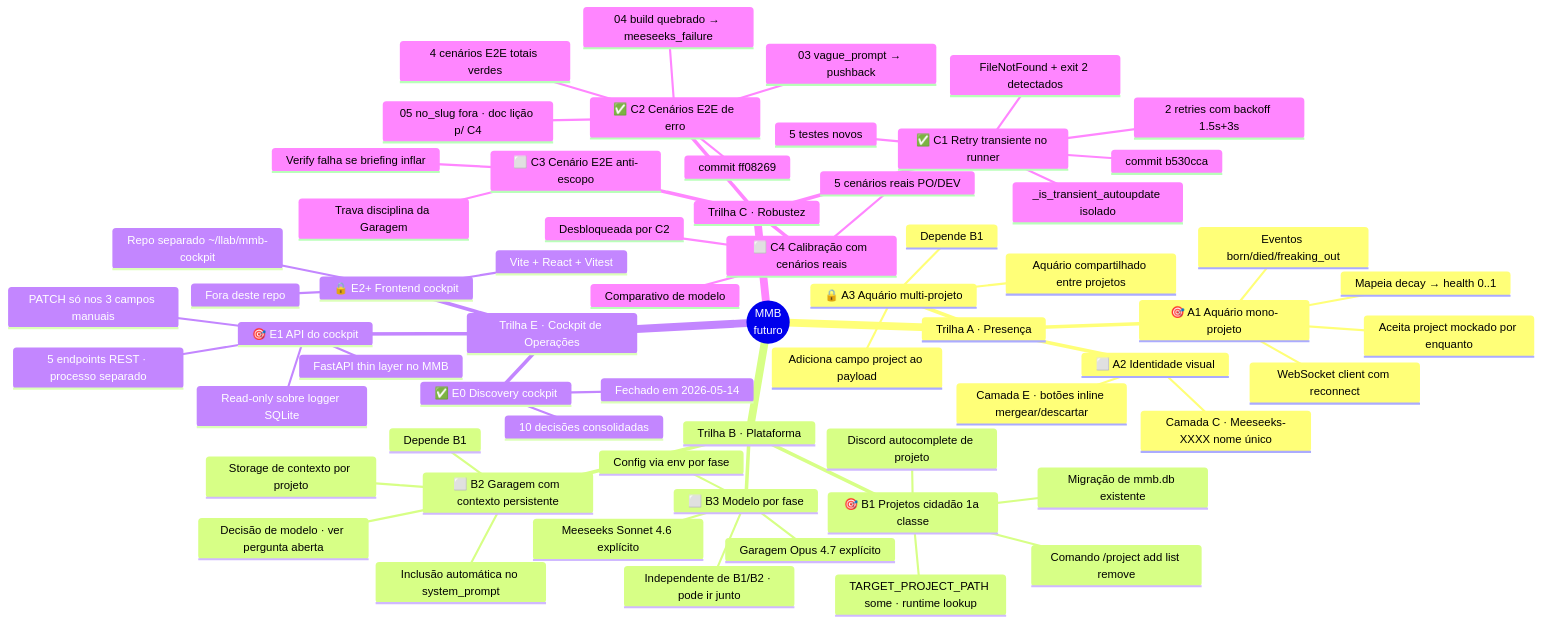
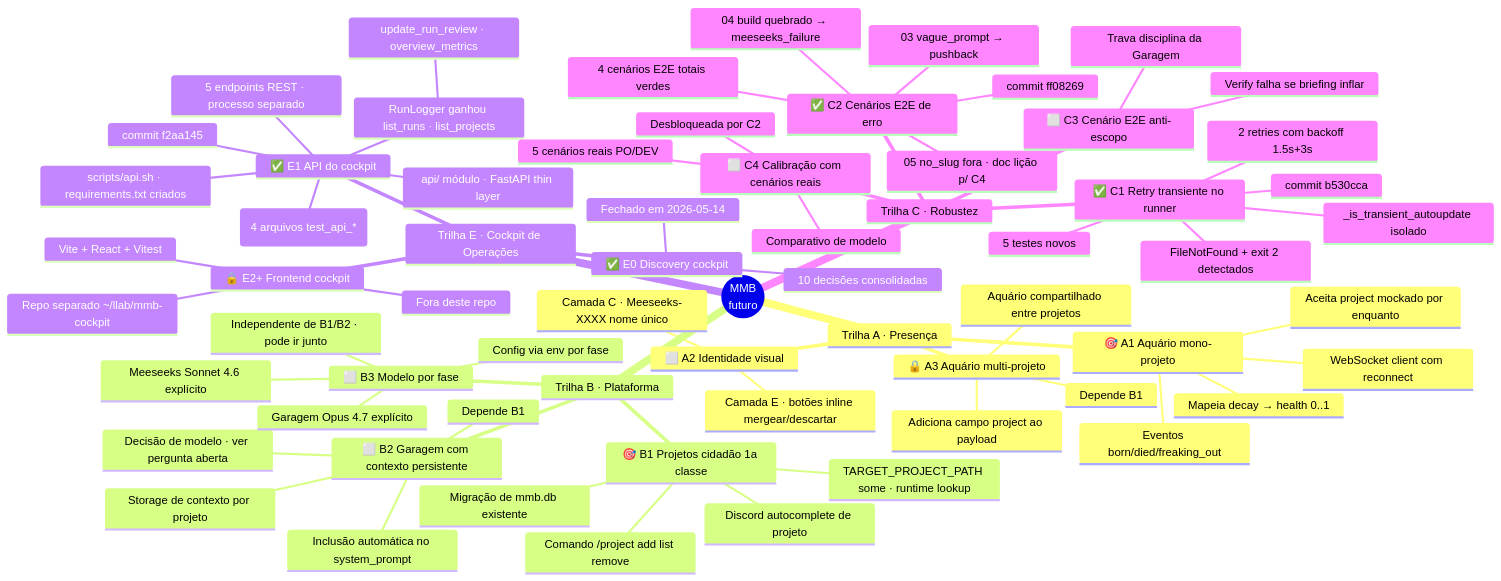
Before and after one commit to x-force-42/mmb-core: the third of 4 diagrams in docs/arvore.md, drawn with Mermaid. The commit also changed other lines of this file and 2 other files, not shown here.

First line of the commit message:
docs: marca E1 como fechado · API do cockpit operacional

````diff
--- a/docs/arvore.md
+++ b/docs/arvore.md
@@ -122,66 +130,69 @@
 ```mermaid
 mindmap
   root((MMB<br/>futuro))
     Trilha A · Presença
       🎯 A1 Aquário mono-projeto
         WebSocket client com reconnect
         Mapeia decay → health 0..1
         Eventos born/died/freaking_out
         Aceita project mockado por enquanto
       ⬜ A2 Identidade visual
         Camada C · Meeseeks-XXXX nome único
         Camada E · botões inline mergear/descartar
       🔒 A3 Aquário multi-projeto
         Depende B1
         Adiciona campo project ao payload
         Aquário compartilhado entre projetos
     Trilha B · Plataforma
       🎯 B1 Projetos cidadão 1a classe
         Comando /project add list remove
         Discord autocomplete de projeto
         TARGET_PROJECT_PATH some · runtime lookup
         Migração de mmb.db existente
       ⬜ B2 Garagem com contexto persistente
         Decisão de modelo · ver pergunta aberta
         Storage de contexto por projeto
         Inclusão automática no system_prompt
         Depende B1
       ⬜ B3 Modelo por fase
         Garagem Opus 4.7 explícito
         Meeseeks Sonnet 4.6 explícito
         Config via env por fase
         Independente de B1/B2 · pode ir junto
     Trilha E · Cockpit de Operações
       ✅ E0 Discovery cockpit
         Fechado em 2026-05-14
         10 decisões consolidadas
-      🎯 E1 API do cockpit
-        FastAPI thin layer no MMB
+      ✅ E1 API do cockpit
+        commit f2aa145
+        api/ módulo · FastAPI thin layer
         5 endpoints REST · processo separado
-        Read-only sobre logger SQLite
-        PATCH só nos 3 campos manuais
+        RunLogger ganhou list_runs · list_projects
+          update_run_review · overview_metrics
+        +39 testes (4 arquivos test_api_*)
+        scripts/api.sh · requirements.txt criados
       🔒 E2+ Frontend cockpit
         Repo separado ~/llab/mmb-cockpit
         Vite + React + Vitest
         Fora deste repo
     Trilha C · Robustez
       ✅ C1 Retry transiente no runner
         commit b530cca
         FileNotFound + exit 2 detectados
         2 retries com backoff 1.5s+3s
         _is_transient_autoupdate isolado
         5 testes novos
       ✅ C2 Cenários E2E de erro
         commit ff08269
         03 vague_prompt → pushback
         04 build quebrado → meeseeks_failure
         05 no_slug fora · doc lição p/ C4
         4 cenários E2E totais verdes
       ⬜ C3 Cenário E2E anti-escopo
         Verify falha se briefing inflar
         Trava disciplina da Garagem
       ⬜ C4 Calibração com cenários reais
         5 cenários reais PO/DEV
         Comparativo de modelo
         Desbloqueada por C2
 ```
````
